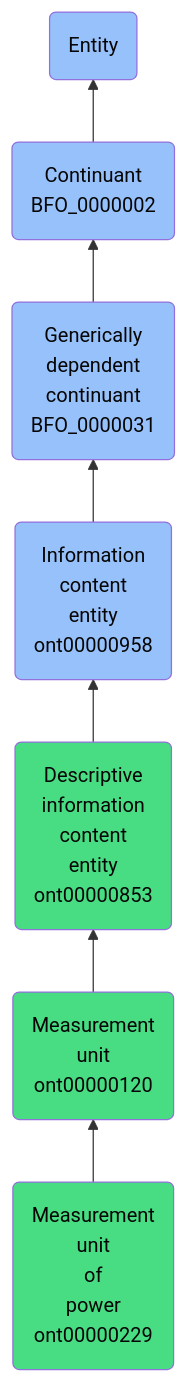
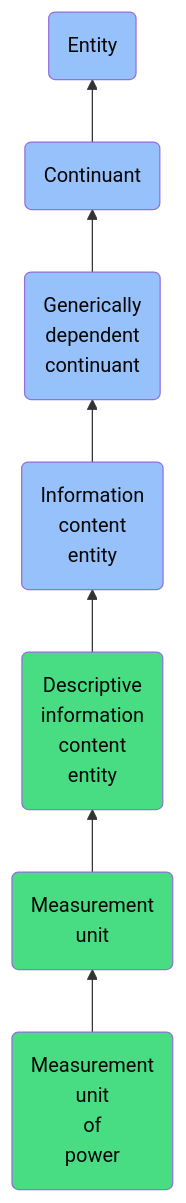
Before and after one commit to jupyter-naas/abi: the diagram in docs/ontology/reference/model/Entity/Continuant/Generically dependent continuant/Information content entity/Descriptive information content entity/Measurement unit/Measurement unit of power/Measurement unit of power.md, drawn with Mermaid. The commit also changed other lines of this file and 1430 other files, not shown here.

````diff
--- a/docs/ontology/reference/model/Entity/Continuant/Generically dependent continuant/Information content entity/Descriptive information content entity/Measurement unit/Measurement unit of power/Measurement unit of power.md
+++ b/docs/ontology/reference/model/Entity/Continuant/Generically dependent continuant/Information content entity/Descriptive information content entity/Measurement unit/Measurement unit of power/Measurement unit of power.md
@@ -24,14 +24,14 @@
 ```mermaid
 graph BT
-    ont00000229(Measurement<br>unit<br>of<br>power<br>ont00000229):::ABI-->ont00000120
-    ont00000120(Measurement<br>unit<br>ont00000120):::ABI-->ont00000853
-    ont00000853(Descriptive<br>information<br>content<br>entity<br>ont00000853):::ABI-->ont00000958
-    ont00000958(Information<br>content<br>entity<br>ont00000958):::BFO-->BFO_0000031
-    BFO_0000031(Generically<br>dependent<br>continuant<br>BFO_0000031):::BFO-->BFO_0000002
-    BFO_0000002(Continuant<br>BFO_0000002):::BFO-->BFO_0000001
+    ont00000229(Measurement<br>unit<br>of<br>power):::ABI-->ont00000120
+    ont00000120(Measurement<br>unit):::ABI-->ont00000853
+    ont00000853(Descriptive<br>information<br>content<br>entity):::ABI-->ont00000958
+    ont00000958(Information<br>content<br>entity):::BFO-->BFO_0000031
+    BFO_0000031(Generically<br>dependent<br>continuant):::BFO-->BFO_0000002
+    BFO_0000002(Continuant):::BFO-->BFO_0000001
     BFO_0000001(Entity):::BFO
     
     classDef BFO fill:#97c1fb,color:#060606
     classDef CCO fill:#e4c51e,color:#060606
     classDef ABI fill:#48DD82,color:#060606
 ```
````
